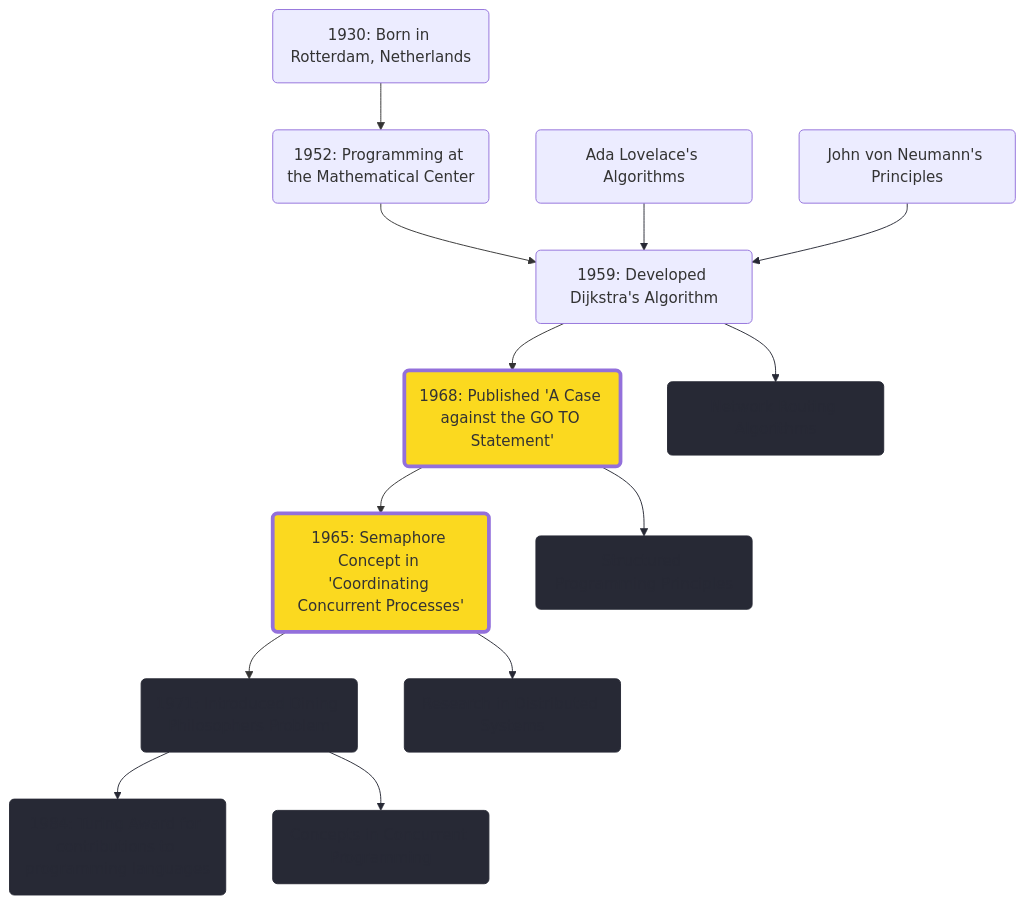
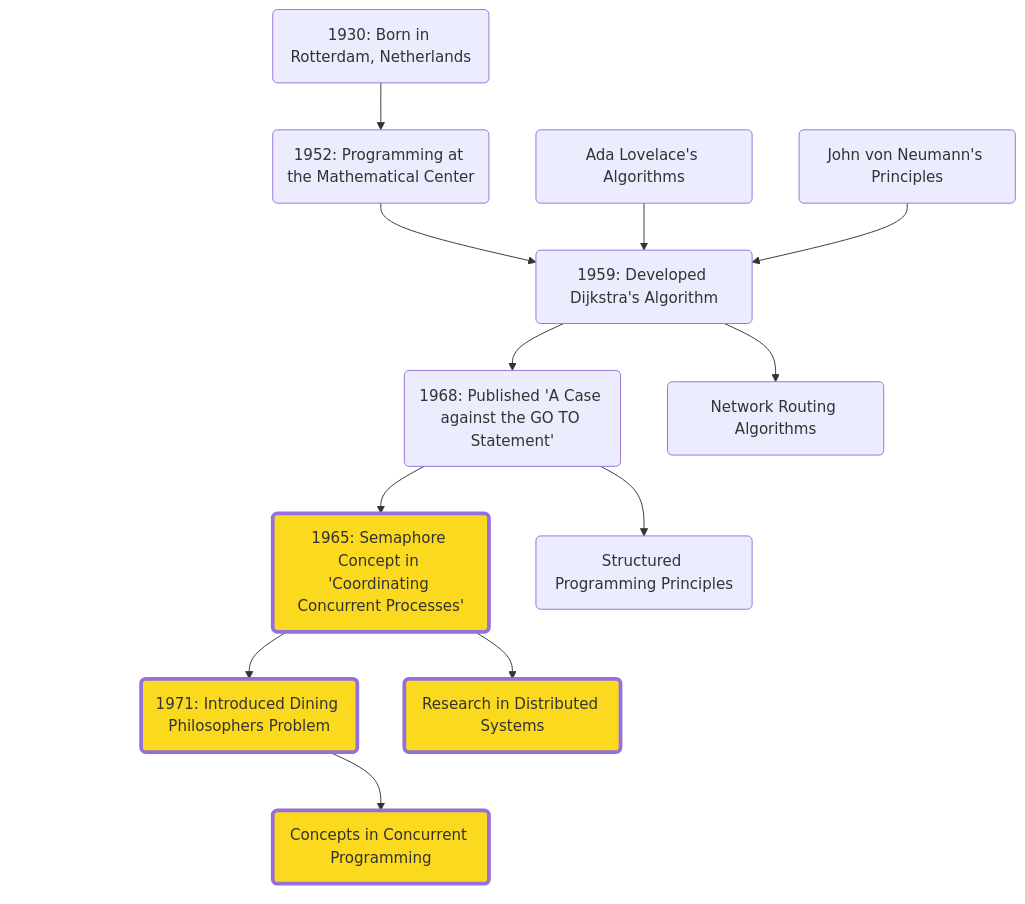
Before and after one commit to Furkanzmc/cppnorth-2024-shoulders-we-stand-on: the third of 5 diagrams in pages/act-2.md, drawn with Mermaid. The commit also changed other lines of this file and 8 other files, not shown here.

Commit message:
Add citations, act 4 rough draft, and more diagrams

````diff
--- a/pages/act-2.md
+++ b/pages/act-2.md
@@ -197,40 +186,32 @@
 ```mermaid {theme: 'neutral', scale: 0.5}
 graph TD
     %% Edsger W. Dijkstra's life
     A(1930: Born in Rotterdam, Netherlands) --> B(1952: Programming at the Mathematical Center)
     B --> C(1959: Developed Dijkstra's Algorithm)
     C --> D(1968: Published 'A Case against the GO TO Statement')
     D --> E(1965: Semaphore Concept in 'Coordinating Concurrent Processes')
     E --> F(1971: Introduced Dining Philosophers Problem)
     F --> G(1984: Turing Award for contributions to programming languages)
 
     %% Influences on Dijkstra
     X1(Ada Lovelace's Algorithms) --> C
     X2(John von Neumann's Principles) --> C
 
     %% Dijkstra's influences on others
     C --> Y1(Network Routing Algorithms)
     D --> Y2(Structured Programming Principles)
     E --> Y3(Research in Distributed Systems)
     F --> Y4(Concepts in Concurrent Programming)
 
-    classDef grayout fill:#272935,stroke:#272935,stroke-width:1px,color:#272935;
+    classDef grayout fill:transparent,stroke:transparent,stroke-width:0px,color:transparent;
     classDef highlight fill:#fbd91f,stroke:#33,stroke-width:4px;
+
+    class E highlight;
+    class F highlight;
+    class Y3 highlight;
+    class Y4 highlight;
     
-    class D highlight;
-    class E highlight;
-    class F grayout;
     class G grayout;
-    class Y1 grayout;
-    class Y2 grayout;
-    class Y3 grayout;
-    class Y4 grayout;
-    
-    linkStyle 5 stroke:#272935,stroke-width:1px;
-    linkStyle 6 stroke:#272935,stroke-width:1px;
-    linkStyle 7 stroke:#272935,stroke-width:1px;
-    linkStyle 8 stroke:#272935,stroke-width:1px;
-    linkStyle 9 stroke:#272935,stroke-width:1px;
-    linkStyle 10 stroke:#272935,stroke-width:1px;
-    linkStyle 11 stroke:#272935,stroke-width:1px;
+
+    linkStyle 5 display:none;
 ```
````
